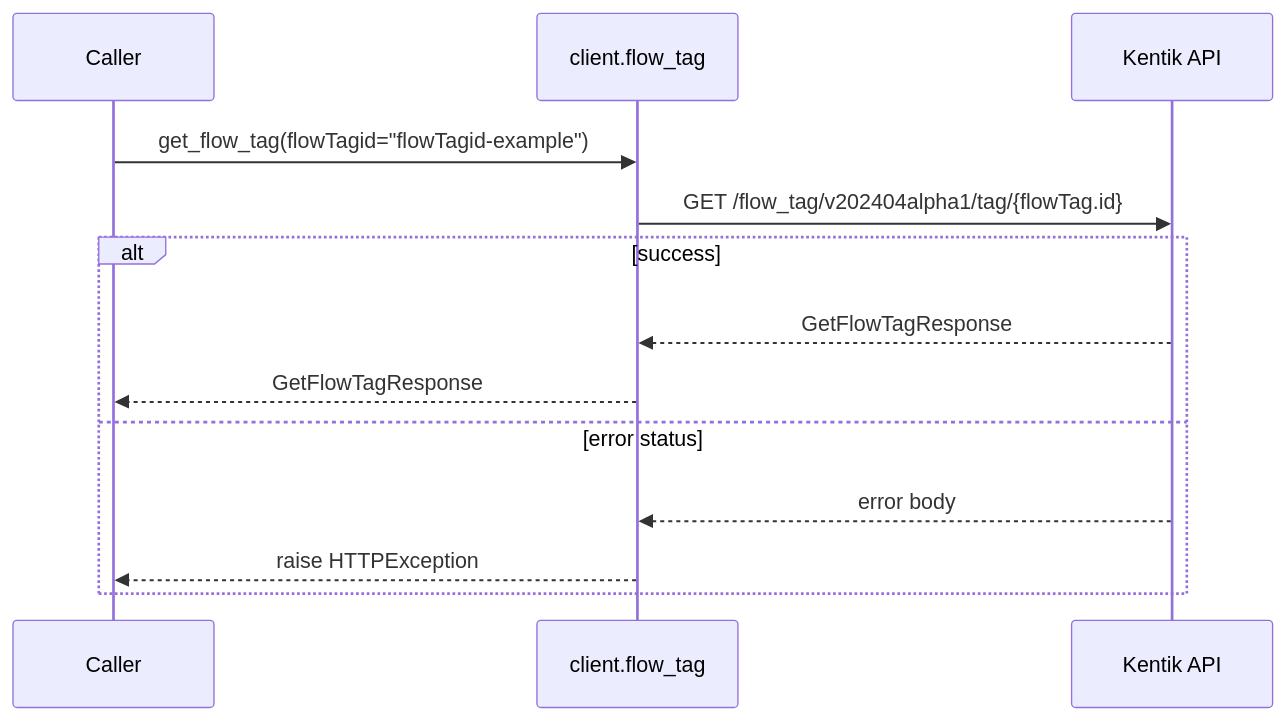
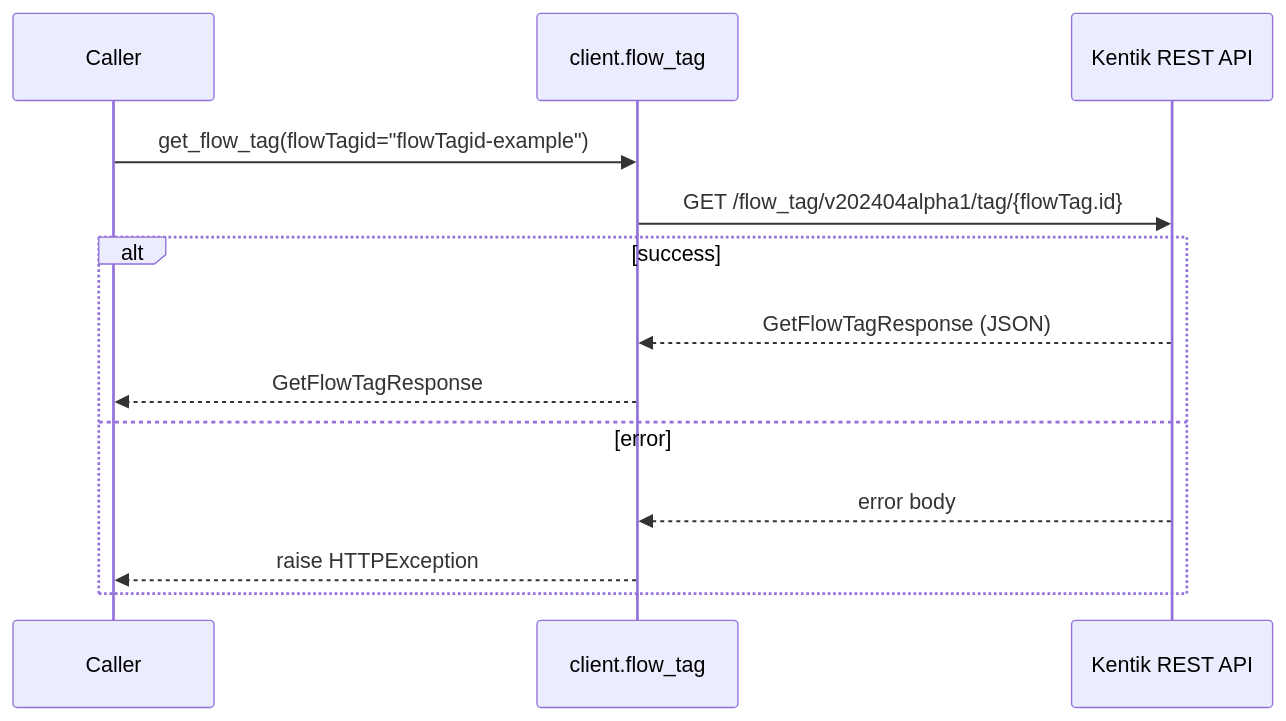
One commit to alexdearaujo/community_sdk_python changed the sixth of 12 diagrams in docs/sphinx/services/flow_tag.md. Above: the diagram before and after it, drawn with Mermaid. The commit also changed other lines of this file and 61 other files, not shown here.

````diff
--- a/docs/sphinx/services/flow_tag.md
+++ b/docs/sphinx/services/flow_tag.md
@@ -135,16 +187,16 @@
 ```mermaid
 sequenceDiagram
     participant C as Caller
     participant W as client.flow_tag
-    participant API as Kentik API
+    participant API as Kentik REST API
 
     C->>W: get_flow_tag(flowTagid="flowTagid-example")
     W->>API: GET /flow_tag/v202404alpha1/tag/{flowTag.id}
     alt success
-        API-->>W: GetFlowTagResponse
+        API-->>W: GetFlowTagResponse (JSON)
         W-->>C: GetFlowTagResponse
-    else error status
+    else error
         API-->>W: error body
         W-->>C: raise HTTPException
     end
 ```
````
